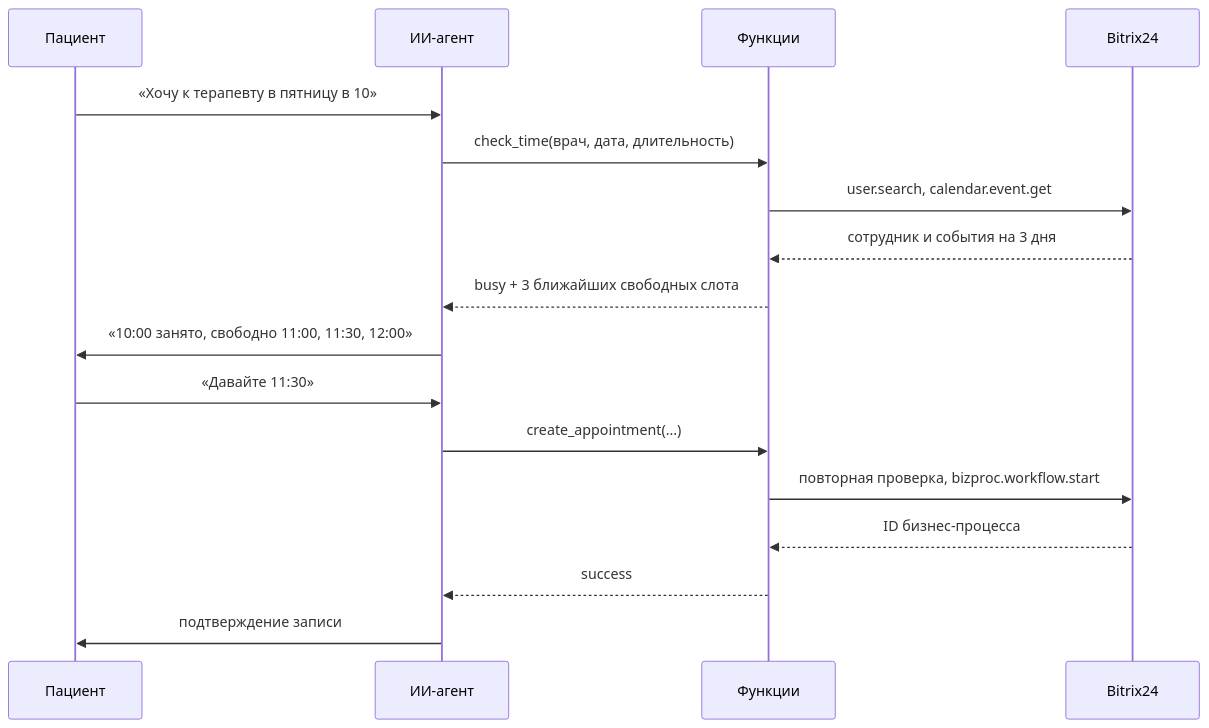
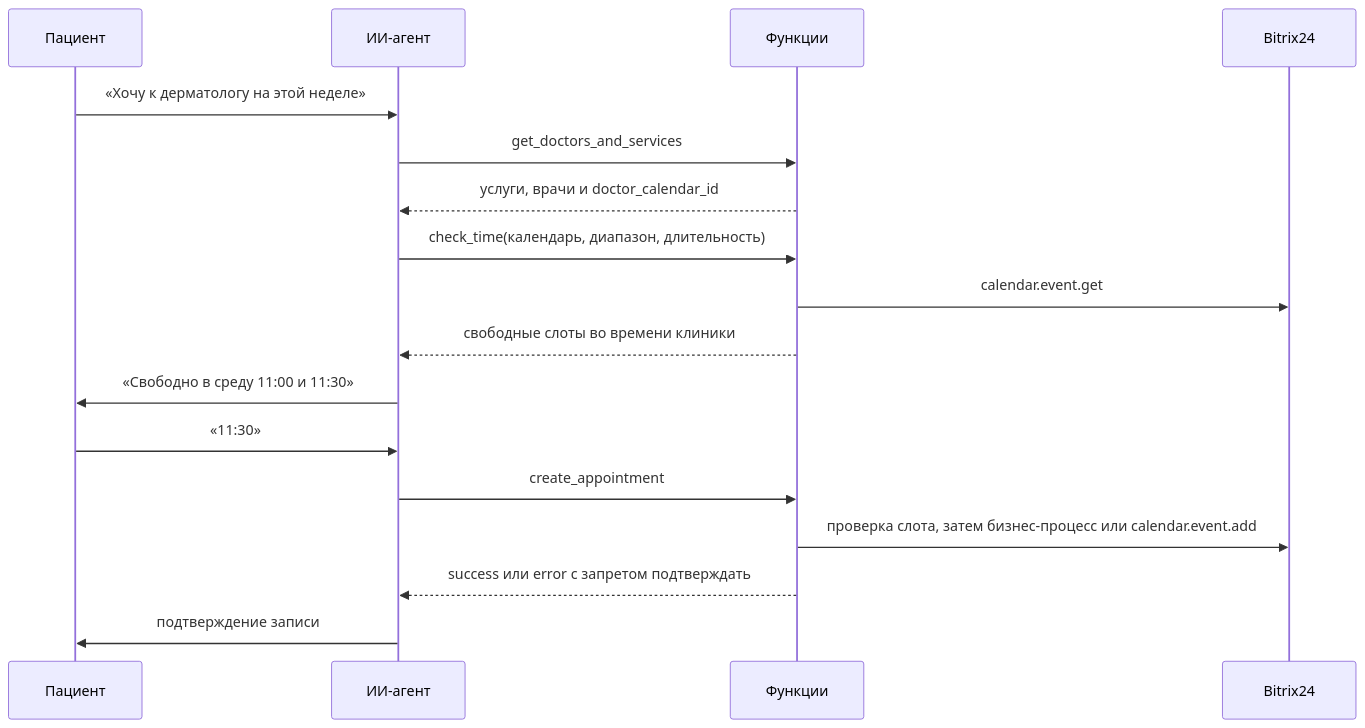
The diagram in README.md (zapazik1/bitrix24-calendar-booking), drawn with Mermaid before and after one commit. The commit also changed other lines of this file and 20 other files, not shown here.

````diff
--- a/README.md
+++ b/README.md
@@ -13,19 +13,19 @@
 ```mermaid
 sequenceDiagram
     participant P as Пациент
     participant A as ИИ-агент
     participant F as Функции
     participant B as Bitrix24
-    P->>A: «Хочу к терапевту в пятницу в 10»
-    A->>F: check_time(врач, дата, длительность)
-    F->>B: user.search, calendar.event.get
-    B-->>F: сотрудник и события на 3 дня
-    F-->>A: busy + 3 ближайших свободных слота
-    A->>P: «10:00 занято, свободно 11:00, 11:30, 12:00»
-    P->>A: «Давайте 11:30»
-    A->>F: create_appointment(...)
-    F->>B: повторная проверка, bizproc.workflow.start
-    B-->>F: ID бизнес-процесса
-    F-->>A: success
+    P->>A: «Хочу к дерматологу на этой неделе»
+    A->>F: get_doctors_and_services
+    F-->>A: услуги, врачи и doctor_calendar_id
+    A->>F: check_time(календарь, диапазон, длительность)
+    F->>B: calendar.event.get
+    F-->>A: свободные слоты во времени клиники
+    A->>P: «Свободно в среду 11:00 и 11:30»
+    P->>A: «11:30»
+    A->>F: create_appointment
+    F->>B: проверка слота, затем бизнес-процесс или calendar.event.add
+    F-->>A: success или error с запретом подтверждать
     A->>P: подтверждение записи
 ```
````
